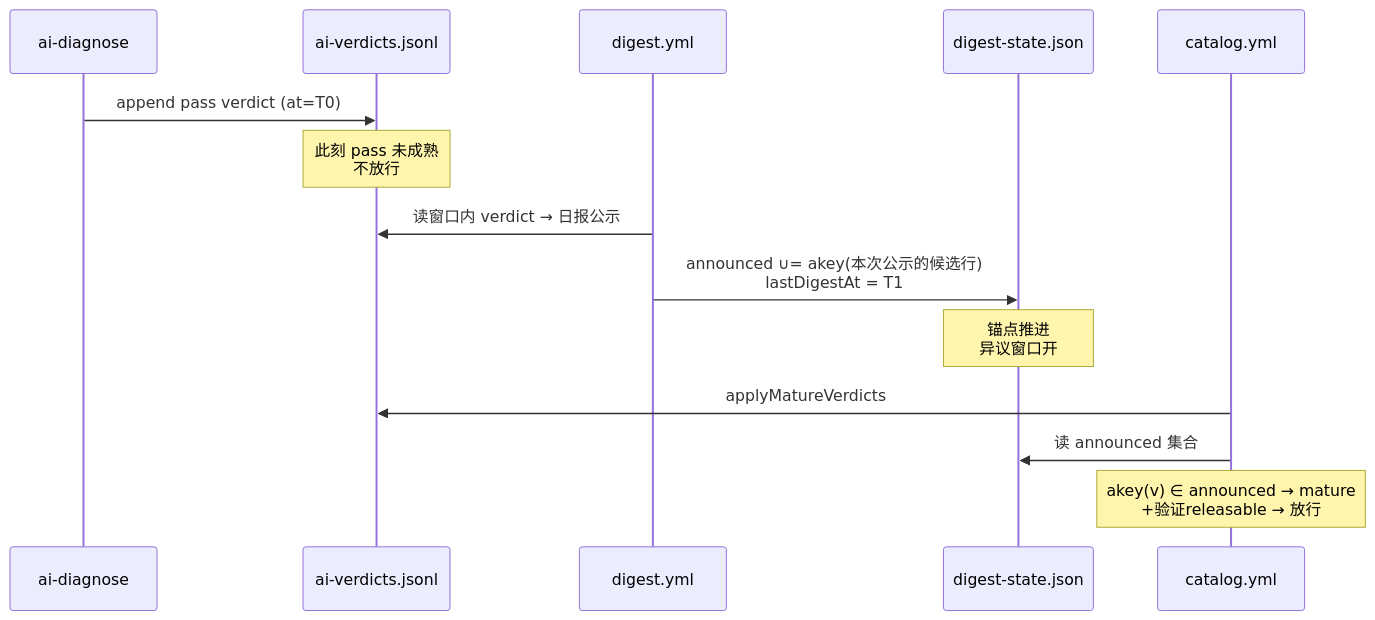
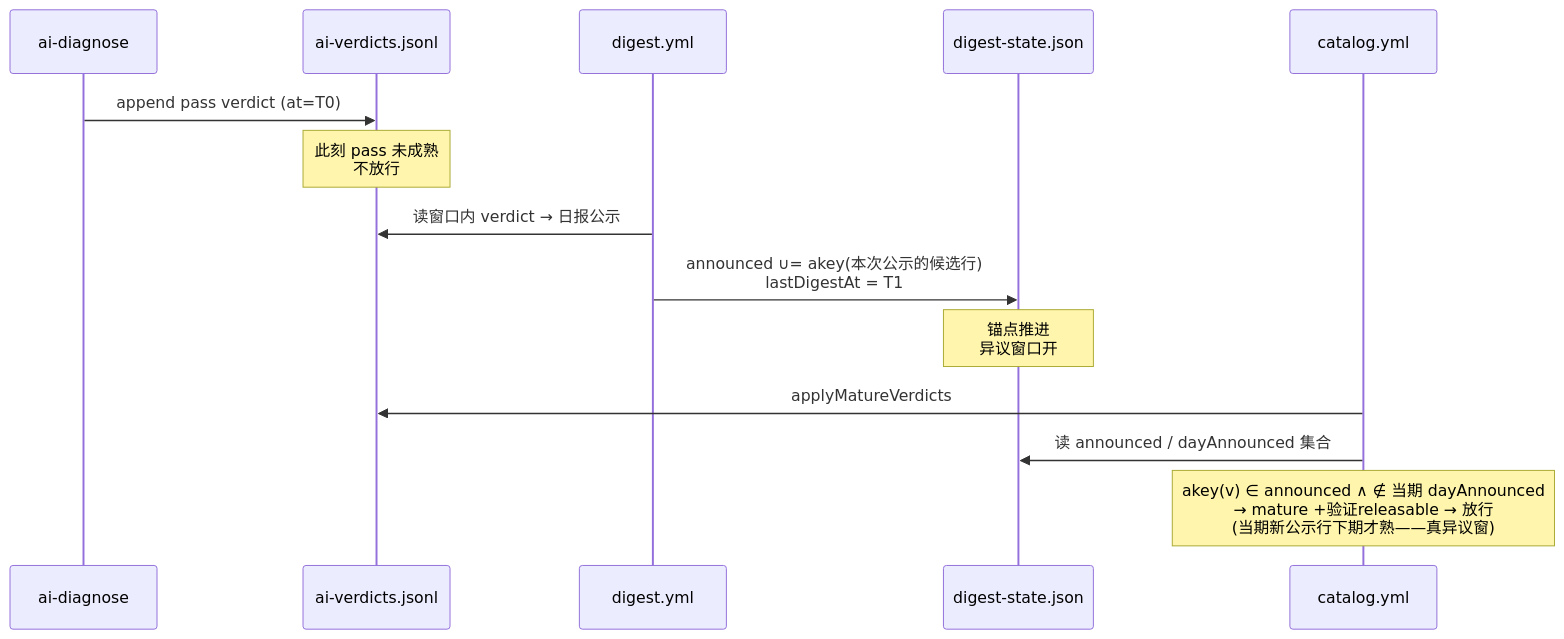
The seventh of 11 diagrams in docs/DATA-FLOWS.md (awesome-market/awesome-opencode-market), drawn with Mermaid before and after one commit. The commit also changed other lines of this file and 14 other files, not shown here.

````diff
--- a/docs/DATA-FLOWS.md
+++ b/docs/DATA-FLOWS.md
@@ -880,16 +880,16 @@
 ```mermaid
 sequenceDiagram
   participant AI as ai-diagnose
   participant VJ as ai-verdicts.jsonl
   participant DG as digest.yml
   participant ST as digest-state.json
   participant CAT as catalog.yml
   AI->>VJ: append pass verdict (at=T0)
   Note over VJ: 此刻 pass 未成熟<br/>不放行
   DG->>VJ: 读窗口内 verdict → 日报公示
   DG->>ST: announced ∪= akey(本次公示的候选行)<br/>lastDigestAt = T1
   Note over ST: 锚点推进<br/>异议窗口开
   CAT->>VJ: applyMatureVerdicts
-  CAT->>ST: 读 announced 集合
-  Note over CAT: akey(v) ∈ announced → mature<br/>+验证releasable → 放行
+  CAT->>ST: 读 announced / dayAnnounced 集合
+  Note over CAT: akey(v) ∈ announced ∧ ∉ 当期 dayAnnounced<br/>→ mature +验证releasable → 放行<br/>(当期新公示行下期才熟——真异议窗)
 ```
````
